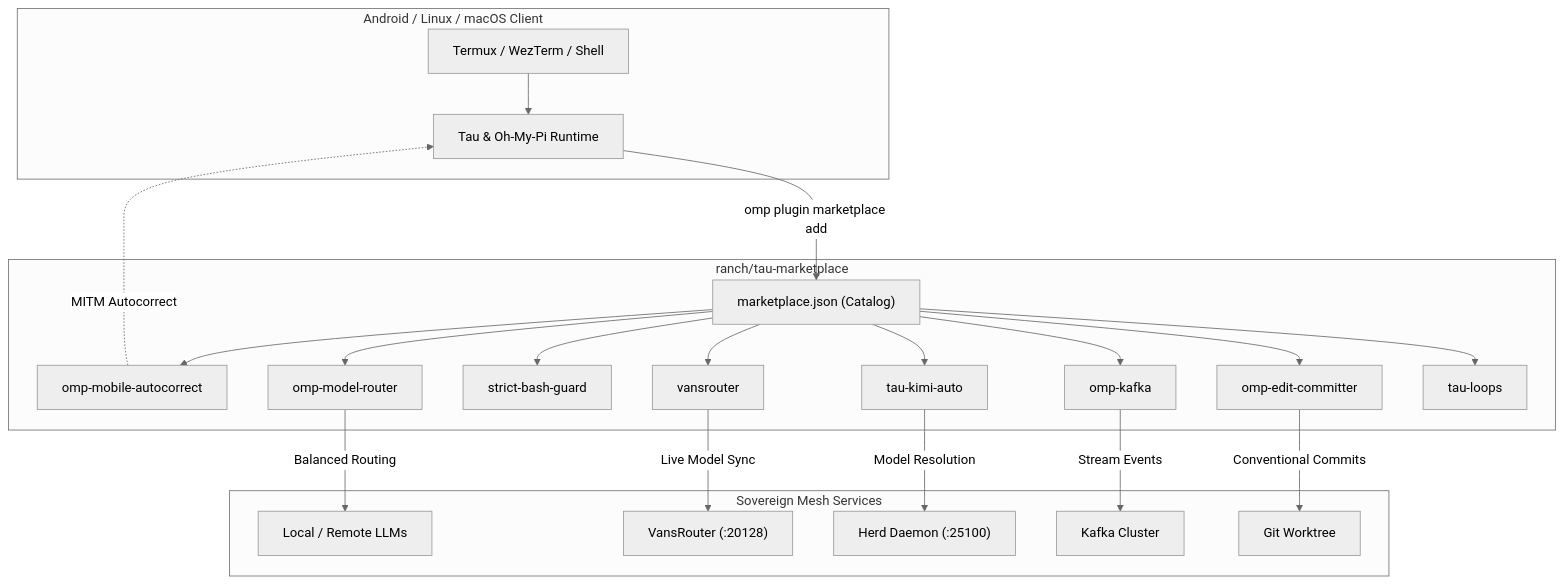
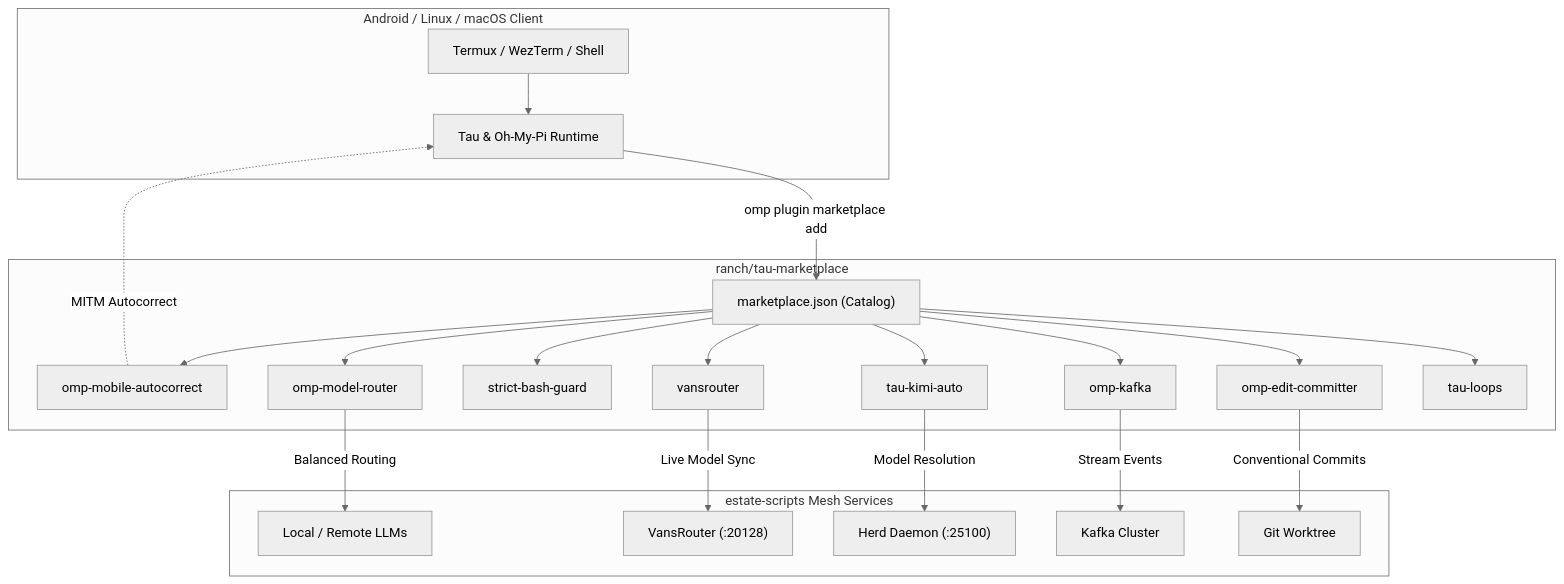
One commit to toxicwind/ranch changed the diagram in tau-marketplace/README.md. Above: the diagram before and after it, drawn with Mermaid (neutral theme). The commit also changed other lines of this file and 633 other files, not shown here.

````diff
--- a/tau-marketplace/README.md
+++ b/tau-marketplace/README.md
@@ -19,37 +19,37 @@
 ```mermaid
 flowchart TD
     subgraph Client["Android / Linux / macOS Client"]
         TUI["Termux / WezTerm / Shell"]
         OMP["Tau & Oh-My-Pi Runtime"]
     end
 
     subgraph Marketplace["ranch/tau-marketplace"]
         CAT["marketplace.json (Catalog)"]
         MAC["omp-mobile-autocorrect"]
         VR["vansrouter"]
         SBG["strict-bash-guard"]
         MR["omp-model-router"]
         TKA["tau-kimi-auto"]
         OEC["omp-edit-committer"]
         OK["omp-kafka"]
         TL["tau-loops"]
     end
 
-    subgraph EstateServices["Sovereign Mesh Services"]
+    subgraph EstateServices["estate-scripts Mesh Services"]
         LLM["Local / Remote LLMs"]
         VANS["VansRouter (:20128)"]
         HERD["Herd Daemon (:25100)"]
         KAFKA["Kafka Cluster"]
         GIT["Git Worktree"]
     end
 
     TUI --> OMP
     OMP -->|omp plugin marketplace add| CAT
     CAT --> MAC & VR & SBG & MR & TKA & OEC & OK & TL
     MAC -.->|MITM Autocorrect| OMP
     VR -->|Live Model Sync| VANS
     TKA -->|Model Resolution| HERD
     OK -->|Stream Events| KAFKA
     OEC -->|Conventional Commits| GIT
     MR -->|Balanced Routing| LLM
 ```
````
